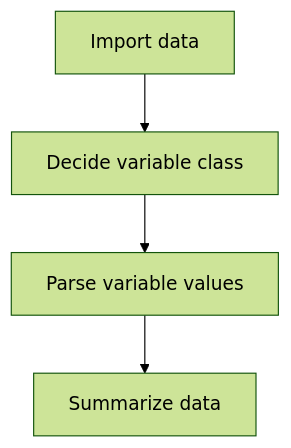
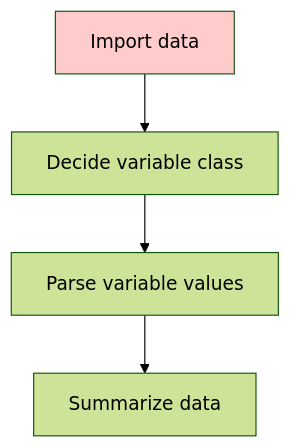
The diagram in Lecture-notes/04-hello-data.md (tpemartin/113-2-R), drawn with Mermaid (forest theme) before and after one commit. The commit also changed other lines of this file, not shown here.

````diff
--- a/Lecture-notes/04-hello-data.md
+++ b/Lecture-notes/04-hello-data.md
@@ -15,6 +15,8 @@
 ```mermaid
 flowchart TD
-    A["`Import data`"] --> B["`Decide variable class`"]
-    B --> C["`Parse variable values`"]
-    C --> D["`Summarize data`"]
+  A["`Import data`"]:::pink --> B["`Decide variable class`"]
+  B --> C["`Parse variable values`"]
+  C --> D["`Summarize data`"]
+
+  classDef pink fill:#ffcccc;
 ```
````
